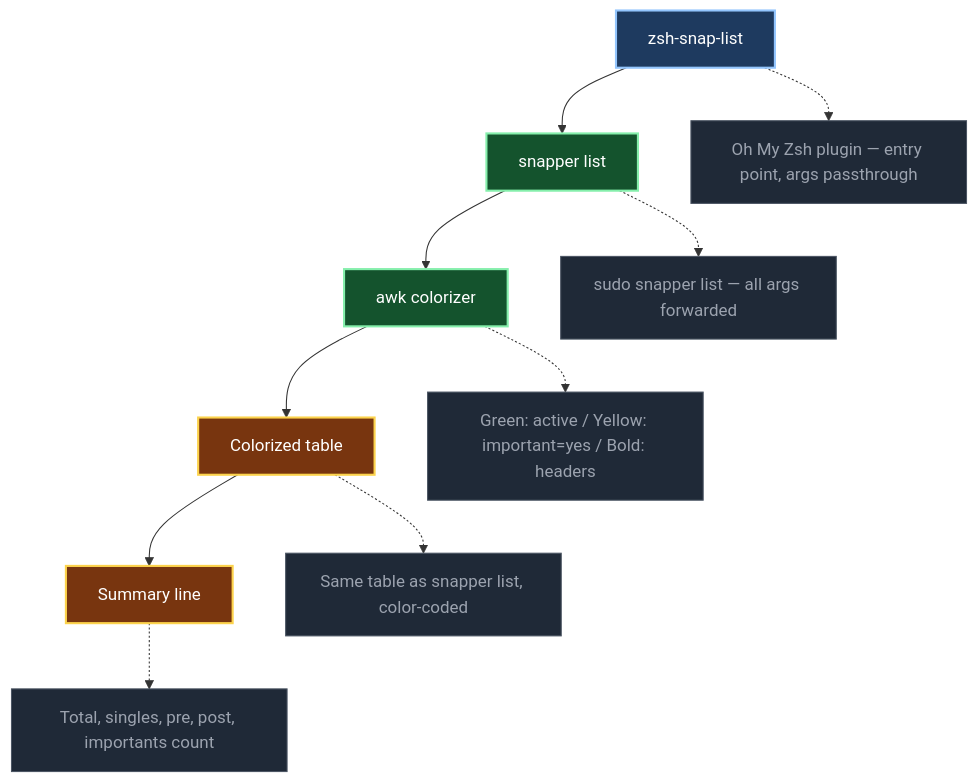
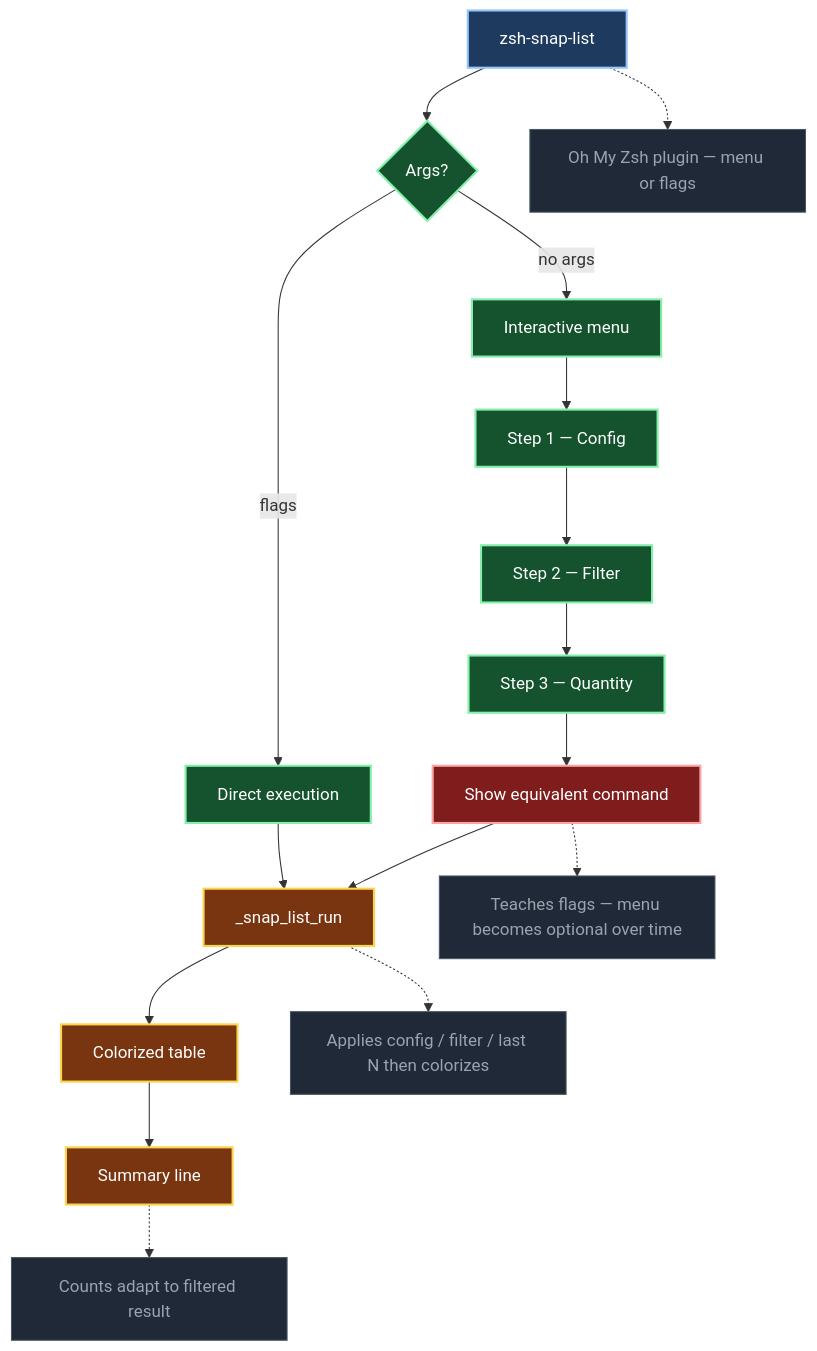
Before and after one commit to crisis1er/zsh-snap-list: the diagram in README.md, drawn with Mermaid. The commit also changed other lines of this file and 3 other files, not shown here.

First line of the commit message:
feat: v2.0 — interactive menu + combinable flags

````diff
--- a/README.md
+++ b/README.md
@@ -46,19 +113,26 @@
 ```mermaid
 flowchart TD
     classDef plugin  fill:#1e3a5f,stroke:#93c5fd,stroke-width:2px,color:#ffffff
     classDef step    fill:#14532d,stroke:#86efac,stroke-width:2px,color:#ffffff
+    classDef confirm fill:#7f1d1d,stroke:#fca5a5,stroke-width:2px,color:#ffffff
     classDef output  fill:#78350f,stroke:#fcd34d,stroke-width:2px,color:#ffffff
     classDef note    fill:#1f2937,stroke:#4b5563,stroke-width:1px,color:#9ca3af
 
     P[zsh-snap-list]:::plugin
-    P --> R[snapper list]:::step
-    R --> C[awk colorizer]:::step
-    C --> O[Colorized table]:::output
-    O --> S[Summary line]:::output
+    P --> M{Args?}:::step
+    M -->|no args| Menu[Interactive menu]:::step
+    M -->|flags| Flags[Direct execution]:::step
+    Menu --> S1[Step 1 — Config]:::step
+    S1 --> S2[Step 2 — Filter]:::step
+    S2 --> S3[Step 3 — Quantity]:::step
+    S3 --> EQ[Show equivalent command]:::confirm
+    EQ --> RUN[_snap_list_run]:::output
+    Flags --> RUN
+    RUN --> OUT[Colorized table]:::output
+    OUT --> SUM[Summary line]:::output
 
-    P  -.-> NP[Oh My Zsh plugin — entry point, args passthrough]:::note
-    R  -.-> NR[sudo snapper list — all args forwarded]:::note
-    C  -.-> NC[Green: active / Yellow: important=yes / Bold: headers]:::note
-    O  -.-> NO[Same table as snapper list, color-coded]:::note
-    S  -.-> NS[Total, singles, pre, post, importants count]:::note
+    P   -.-> NP[Oh My Zsh plugin — menu or flags]:::note
+    RUN -.-> NR[Applies config / filter / last N then colorizes]:::note
+    EQ  -.-> NE[Teaches flags — menu becomes optional over time]:::note
+    SUM -.-> NS[Counts adapt to filtered result]:::note
 ```
````
